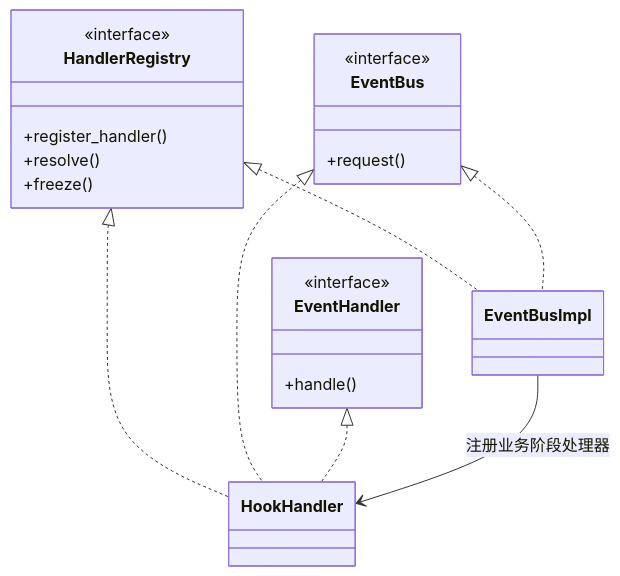
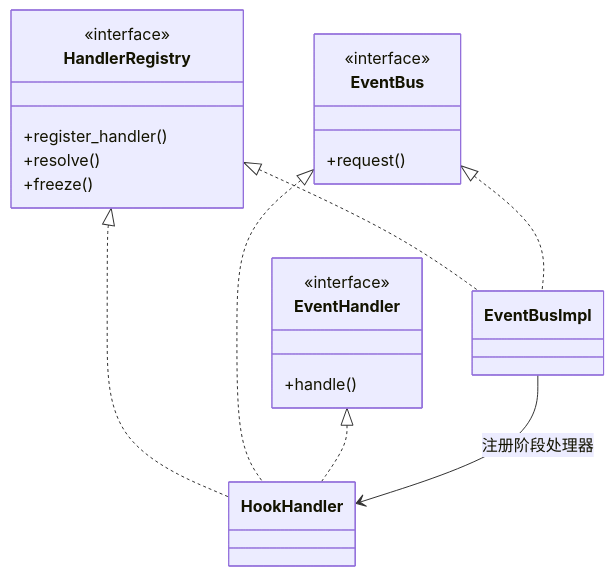
Before and after one commit to dujian0068/agent-loom: the sixth of 14 diagrams in docs/sdk/object-collaboration.md, drawn with Mermaid. The commit also changed other lines of this file and 17 other files, not shown here.

````diff
--- a/docs/sdk/object-collaboration.md
+++ b/docs/sdk/object-collaboration.md
@@ -264,26 +446,26 @@
 ```mermaid
 classDiagram
     direction TB
     class HandlerRegistry {
       <<interface>>
       +register_handler()
       +resolve()
       +freeze()
     }
     class EventBus {
       <<interface>>
       +request()
     }
     class EventHandler {
       <<interface>>
       +handle()
     }
     class EventBusImpl
     class HookHandler
     HandlerRegistry <|.. EventBusImpl
     EventBus <|.. EventBusImpl
     HandlerRegistry <|.. HookHandler
     EventBus <|.. HookHandler
     EventHandler <|.. HookHandler
-    EventBusImpl --> HookHandler : 注册业务阶段处理器
+    EventBusImpl --> HookHandler : 注册阶段处理器
 ```
````
